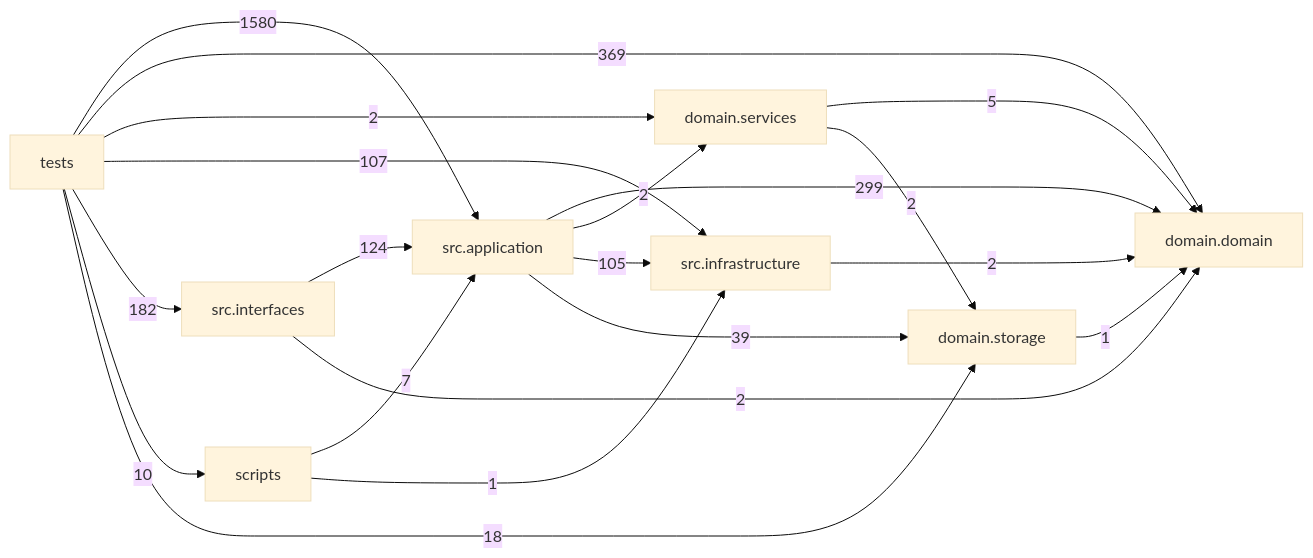
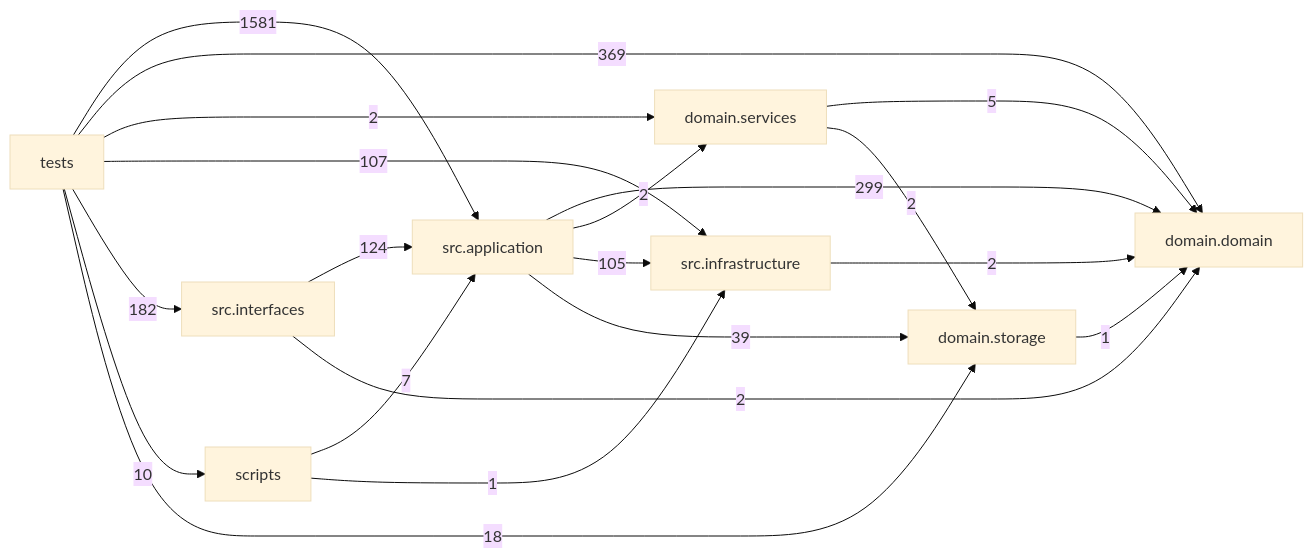
One commit to liuxie066/options-monitor changed the diagram in docs/DEPENDENCY_GRAPH.md. Above: the diagram before and after it, drawn with Mermaid (base theme). The commit also changed other lines of this file and 5 other files, not shown here.

````diff
--- a/docs/DEPENDENCY_GRAPH.md
+++ b/docs/DEPENDENCY_GRAPH.md
@@ -24,30 +24,30 @@
 ```mermaid
 flowchart LR
   tests["tests"]
   scripts["scripts"]
   interfaces["src.interfaces"]
   application["src.application"]
   infrastructure["src.infrastructure"]
   domain_services["domain.services"]
   domain["domain.domain"]
   storage["domain.storage"]
   application -->|299| domain
   application -->|2| domain_services
   application -->|105| infrastructure
   application -->|39| storage
   domain_services -->|5| domain
   domain_services -->|2| storage
   infrastructure -->|2| domain
   interfaces -->|124| application
   interfaces -->|2| domain
   scripts -->|7| application
   scripts -->|1| infrastructure
   storage -->|1| domain
-  tests -->|1580| application
+  tests -->|1581| application
   tests -->|369| domain
   tests -->|2| domain_services
   tests -->|107| infrastructure
   tests -->|182| interfaces
   tests -->|10| scripts
   tests -->|18| storage
 ```
````
